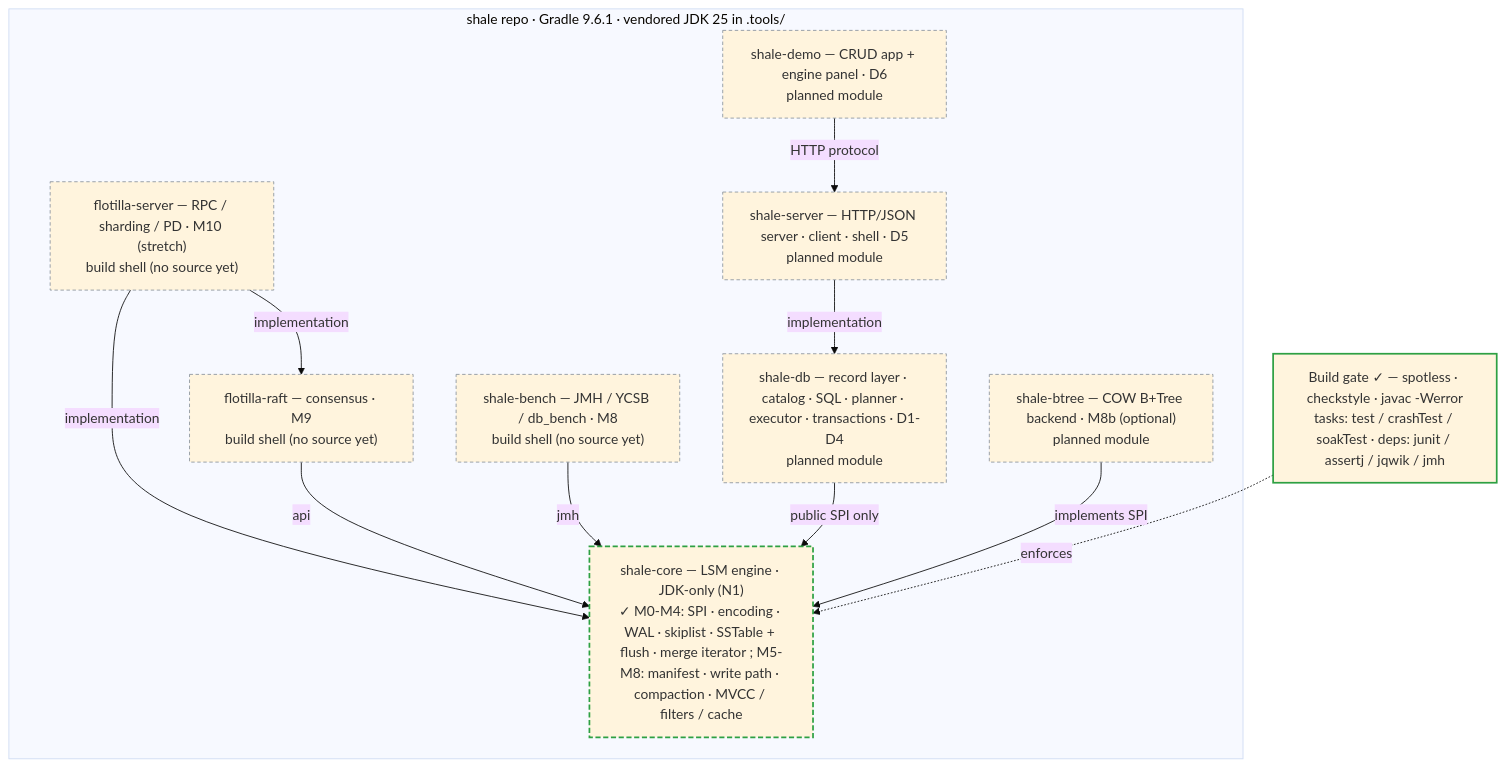
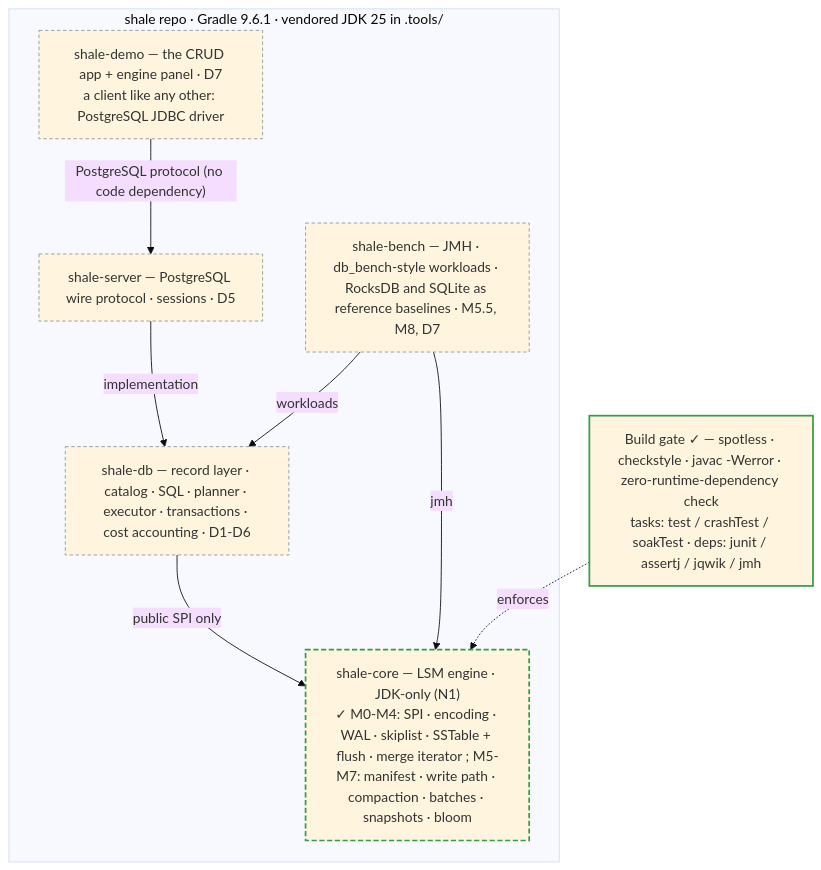
One commit to rahul-j0shi/shale changed the first of 4 diagrams in documentation/architecture/project-scope.md. Above: the diagram before and after it, drawn with Mermaid (base theme). The commit also changed other lines of this file and 12 other files, not shown here.

First line of the commit message:
docs(docs): update as-built pages, Javadoc and scope diagrams

````diff
--- a/documentation/architecture/project-scope.md
+++ b/documentation/architecture/project-scope.md
@@ -17,27 +15,21 @@
 ```mermaid
 flowchart TB
   subgraph repo["shale repo · Gradle 9.6.1 · vendored JDK 25 in .tools/"]
-    core["shale-core — LSM engine · JDK-only (N1)<br/>✓ M0-M4: SPI · encoding · WAL · skiplist · SSTable + flush · merge iterator ; M5-M8: manifest · write path · compaction · MVCC / filters / cache"]:::part
-    bench["shale-bench — JMH / YCSB / db_bench · M8<br/>build shell (no source yet)"]:::plan
-    raft["flotilla-raft — consensus · M9<br/>build shell (no source yet)"]:::plan
-    server["flotilla-server — RPC / sharding / PD · M10 (stretch)<br/>build shell (no source yet)"]:::plan
-    sdb["shale-db — record layer · catalog · SQL · planner · executor · transactions · D1-D4<br/>planned module"]:::plan
-    ssrv["shale-server — HTTP/JSON server · client · shell · D5<br/>planned module"]:::plan
-    sdemo["shale-demo — CRUD app + engine panel · D6<br/>planned module"]:::plan
-    sbt["shale-btree — COW B+Tree backend · M8b (optional)<br/>planned module"]:::plan
+    demo["shale-demo — the CRUD app + engine panel · D7<br/>a client like any other: PostgreSQL JDBC driver"]:::plan
+    server["shale-server — PostgreSQL wire protocol · sessions · D5"]:::plan
+    sdb["shale-db — record layer · catalog · SQL · planner · executor · transactions · cost accounting · D1-D6"]:::plan
+    core["shale-core — LSM engine · JDK-only (N1)<br/>✓ M0-M4: SPI · encoding · WAL · skiplist · SSTable + flush · merge iterator ; M5-M7: manifest · write path · compaction · batches · snapshots · bloom"]:::part
+    bench["shale-bench — JMH · db_bench-style workloads · RocksDB and SQLite as reference baselines · M5.5, M8, D7"]:::plan
   end
-  server -->|implementation| raft
-  server -->|implementation| core
-  raft -->|api| core
+  demo -->|"PostgreSQL protocol (no code dependency)"| server
+  server -->|implementation| sdb
+  sdb -->|public SPI only| core
   bench -->|jmh| core
-  sdb -->|public SPI only| core
-  ssrv -->|implementation| sdb
-  sdemo -->|HTTP protocol| ssrv
-  sbt -->|implements SPI| core
-  gate["Build gate ✓ — spotless · checkstyle · javac -Werror<br/>tasks: test / crashTest / soakTest · deps: junit / assertj / jqwik / jmh"]:::done
+  bench -->|workloads| sdb
+  gate["Build gate ✓ — spotless · checkstyle · javac -Werror · zero-runtime-dependency check<br/>tasks: test / crashTest / soakTest · deps: junit / assertj / jqwik / jmh"]:::done
   gate -. enforces .-> core
 
   classDef done stroke:#2ea043,stroke-width:2px;
   classDef part stroke:#2ea043,stroke-width:2px,stroke-dasharray:6 3;
   classDef plan stroke:#8b949e,stroke-width:1px,stroke-dasharray:4 3;
 ```
````
